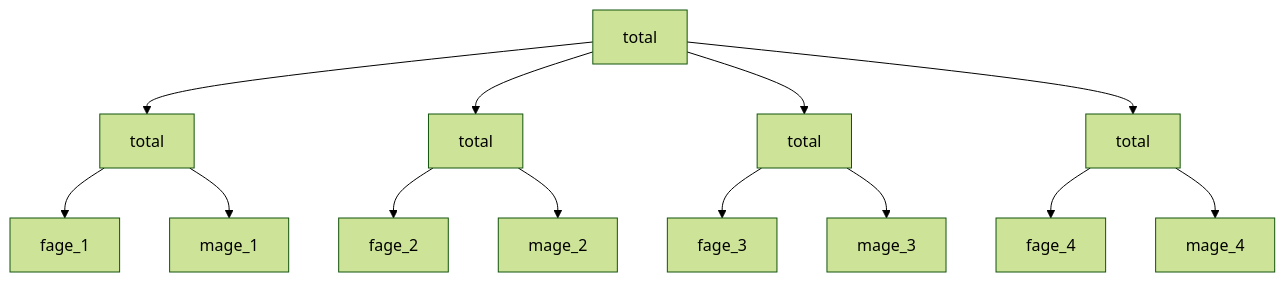
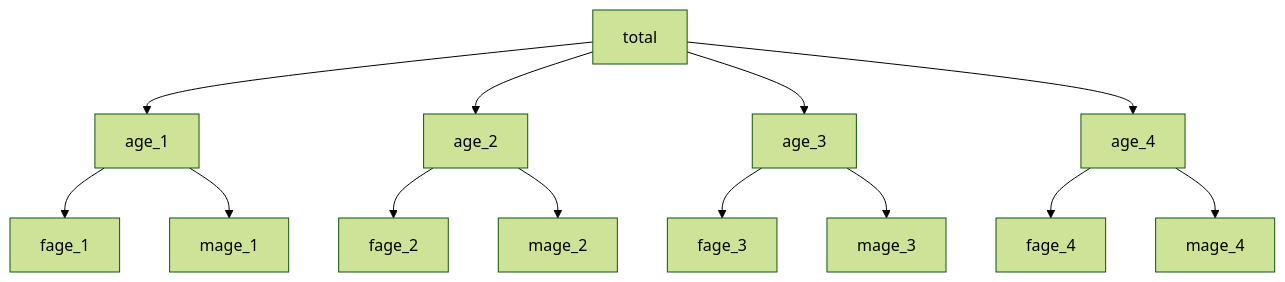
One commit to wpgp/jollofR changed the diagram in README.md. Above: the diagram before and after it, drawn with Mermaid (forest theme). The commit also changed other lines of this file, not shown here.

````diff
--- a/README.md
+++ b/README.md
@@ -40,15 +363,15 @@
 ```mermaid
 graph TD;
 A[total]-->B[age_1];
 A[total]-->C[age_2];
 A[total]-->D[age_3];
 A[total]-->E[age_4];
-B[total]-->F[fage_1];
-B[total]-->G[mage_1];
-C[total]-->H[fage_2];
-C[total]-->I[mage_2];
-D[total]-->J[fage_3];
-D[total]-->K[mage_3];
-E[total]-->L[fage_4];
-E[total]-->M[mage_4];
+B[age_1]-->F[fage_1];
+B[age_1]-->G[mage_1];
+C[age_2]-->H[fage_2];
+C[age_2]-->I[mage_2];
+D[age_3]-->J[fage_3];
+D[age_3]-->K[mage_3];
+E[age_4]-->L[fage_4];
+E[age_4]-->M[mage_4];
 ```
````
